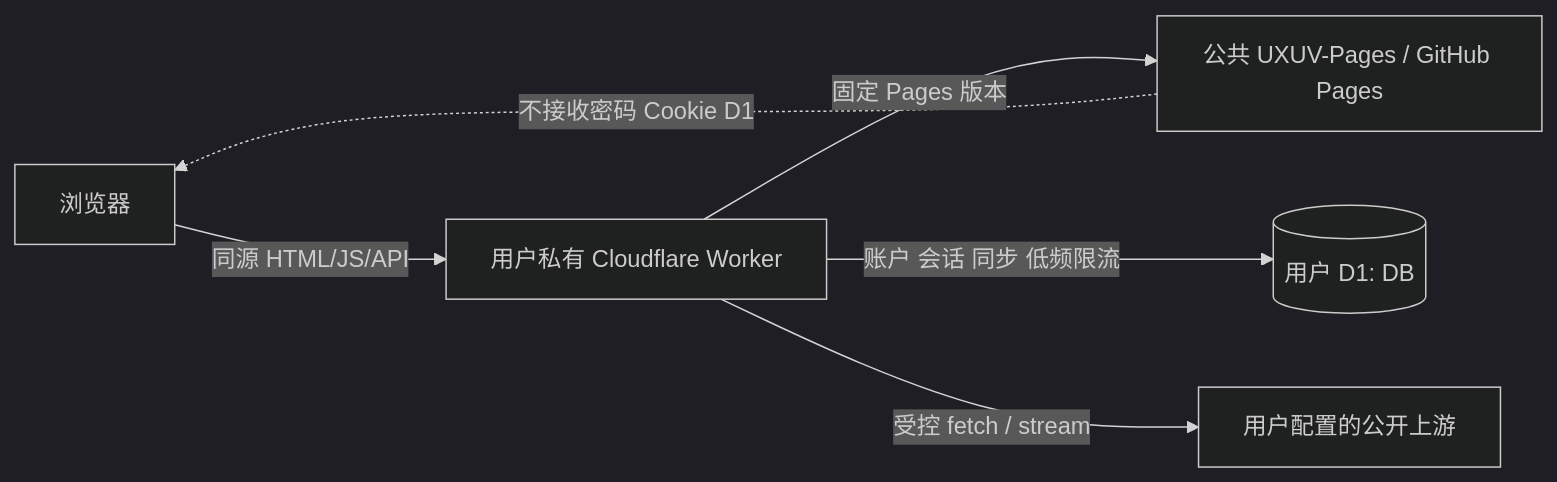
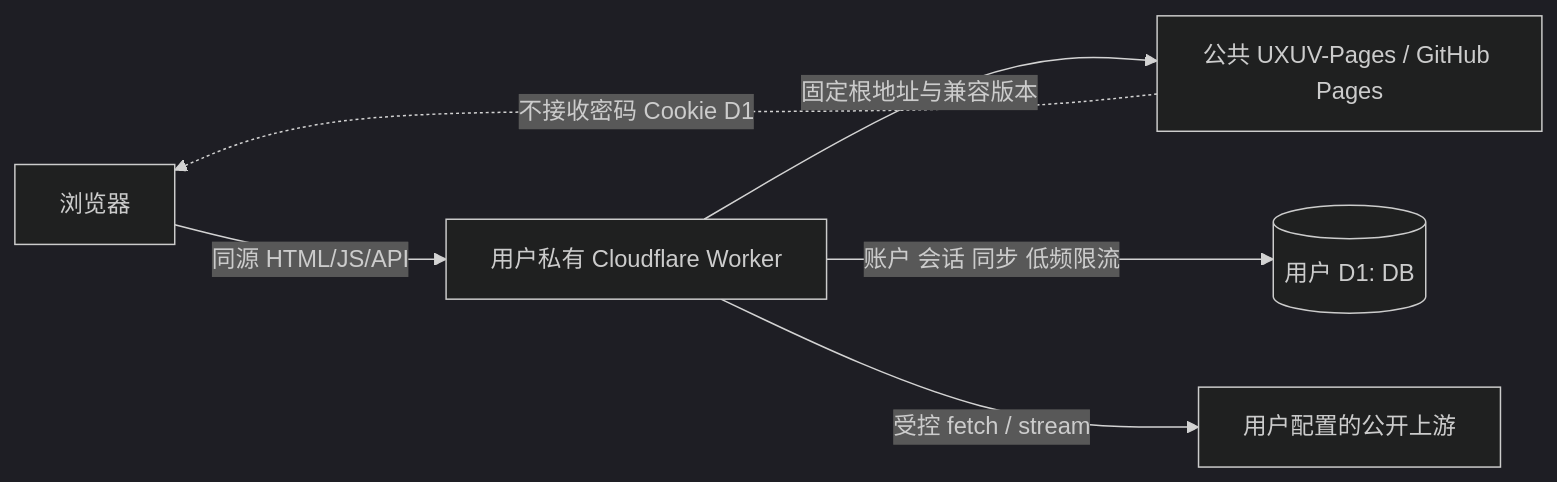
The diagram in work-products/SPEC.md (uxudjs/UXUVideo), drawn with Mermaid (dark theme) before and after one commit. The commit also changed other lines of this file and 7 other files, not shown here.

````diff
--- a/work-products/SPEC.md
+++ b/work-products/SPEC.md
@@ -143,8 +143,8 @@
 ```mermaid
 flowchart LR
   B[浏览器] -->|同源 HTML/JS/API| W[用户私有 Cloudflare Worker]
-  W -->|固定 Pages 版本| P[公共 UXUV-Pages / GitHub Pages]
+  W -->|固定根地址与兼容版本| P[公共 UXUV-Pages / GitHub Pages]
   W -->|账户 会话 同步 低频限流| D[(用户 D1: DB)]
   W -->|受控 fetch / stream| U[用户配置的公开上游]
   P -.不接收密码 Cookie D1.-> B
 ```
````
